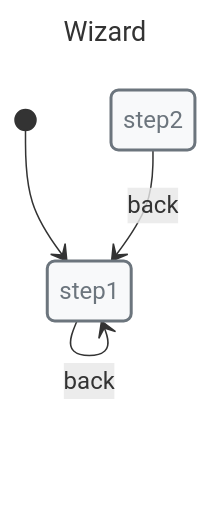
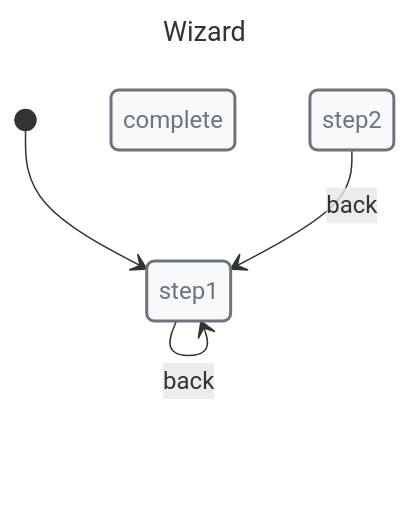
Before and after one commit to Masquerade-Circus/x-robot: the fourth of 4 diagrams in docs/guides/nested-machines.md, drawn with Mermaid. The commit also changed other lines of this file and 123 other files, not shown here.

Commit message:
refactor: improve mermaid code

````diff
--- a/docs/guides/nested-machines.md
+++ b/docs/guides/nested-machines.md
@@ -205,26 +205,27 @@
 ```mermaid
 ---
 title: Wizard
 ---
 
 stateDiagram-v2
+direction TB
 
 classDef danger fill:#f8d7da,stroke:#721c24,stroke-width:2px,text-align:left,color:#721c24
 classDef warning fill:#fff3cd,stroke:#856404,stroke-width:2px,text-align:left,color:#856404
 classDef success fill:#d4edda,stroke:#155724,stroke-width:2px,text-align:left,color:#155724
 classDef primary fill:#cce5ff,stroke:#004085,stroke-width:2px,text-align:left,color:#004085
 classDef info fill:#d1ecf1,stroke:#0c5460,stroke-width:2px,text-align:left,color:#0c5460
 classDef def fill:#f8f9fa,stroke:#6c757d,stroke-width:2px,text-align:left,color:#6c757d
 
-state step1
-state step2
-state complete
+state "step1" as step1
+state "step2" as step2
+state "complete" as complete
 class step1 def
 class step2 def
 class complete def
 
 
 [*] --> step1
 step1 --> step1: back
 step2 --> step1: back
 ```
````
